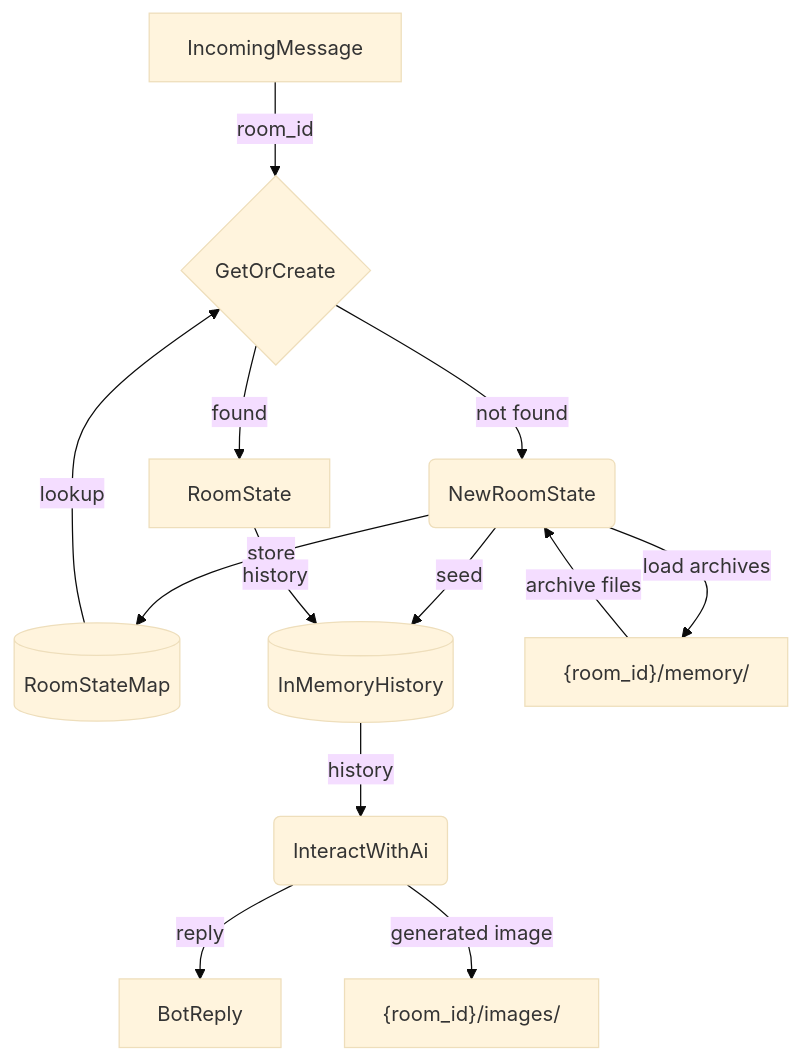
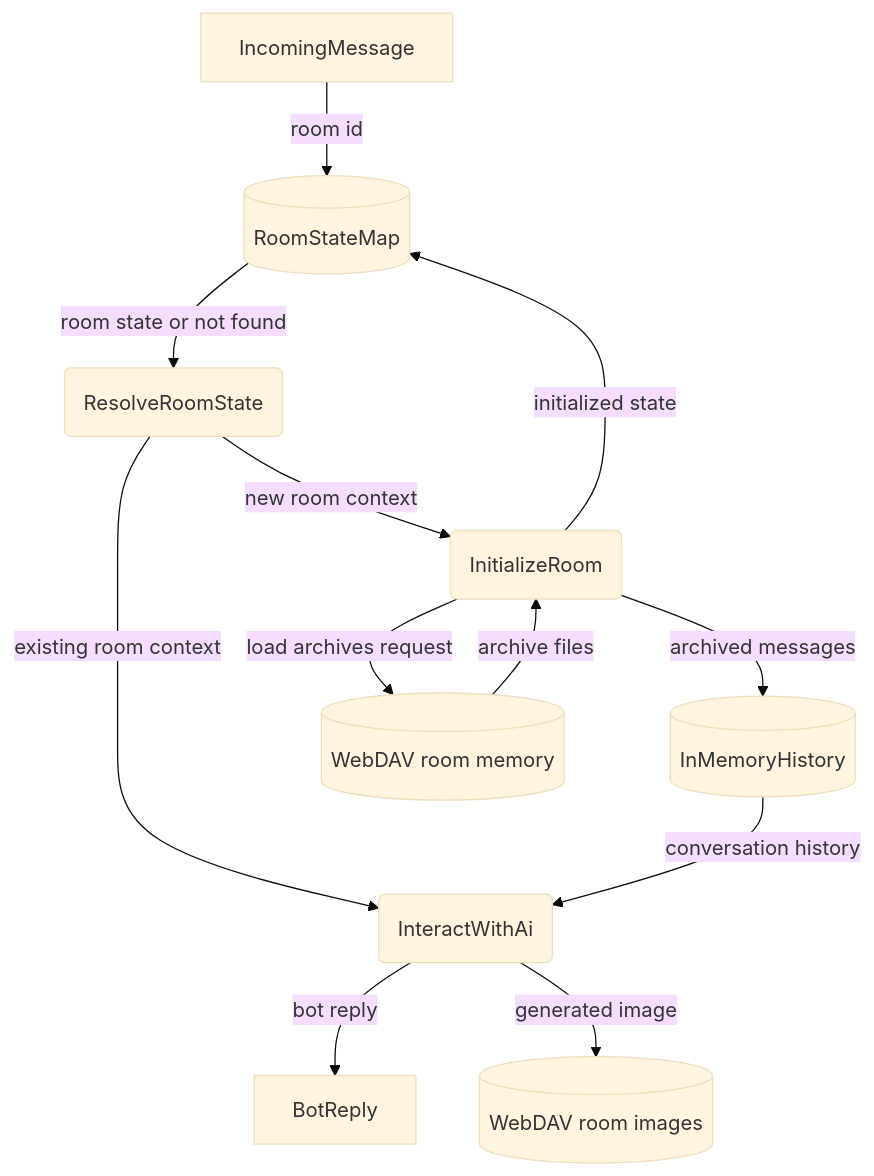
Before and after one commit to cosmoswafer/rockbot: the sixth of 6 diagrams in _dfds/agent-harness.md, drawn with Mermaid (base theme). The commit also changed other lines of this file and 7 other files, not shown here.

````diff
--- a/_dfds/agent-harness.md
+++ b/_dfds/agent-harness.md
@@ -181,26 +151,24 @@
 ```mermaid
 flowchart TD
     RC[IncomingMessage]
     ROOM_MAP[(RoomStateMap)]
-    GET_EXIST{GetOrCreate}
-    NEW_ROOM(NewRoomState)
-    EXIST_ROOM[RoomState]
+    RESOLVE(ResolveRoomState)
+    NEW_ROOM(InitializeRoom)
     MEM[(InMemoryHistory)]
     INACT(InteractWithAi)
-    AREPLY[BotReply]
-    DAV["{room_id}/memory/"]
-    DAV_IMG["{room_id}/images/"]
+    REPLY[BotReply]
+    DAV[(WebDAV room memory)]
+    DAV_IMG[(WebDAV room images)]
 
-    RC -->|"room_id"| GET_EXIST
-    ROOM_MAP -->|"lookup"| GET_EXIST
-    GET_EXIST -->|"not found"| NEW_ROOM
-    GET_EXIST -->|"found"| EXIST_ROOM
-    NEW_ROOM -->|"load archives"| DAV
+    RC -->|"room id"| ROOM_MAP
+    ROOM_MAP -->|"room state or not found"| RESOLVE
+    RESOLVE -->|"new room context"| NEW_ROOM
+    RESOLVE -->|"existing room context"| INACT
+    NEW_ROOM -->|"load archives request"| DAV
     DAV -->|"archive files"| NEW_ROOM
-    NEW_ROOM -->|"seed"| MEM
-    NEW_ROOM -->|"store"| ROOM_MAP
-    EXIST_ROOM -->|"history"| MEM
-    MEM -->|"history"| INACT
-    INACT -->|"reply"| AREPLY
+    NEW_ROOM -->|"archived messages"| MEM
+    NEW_ROOM -->|"initialized state"| ROOM_MAP
+    MEM -->|"conversation history"| INACT
+    INACT -->|"bot reply"| REPLY
     INACT -->|"generated image"| DAV_IMG
 ```
````
